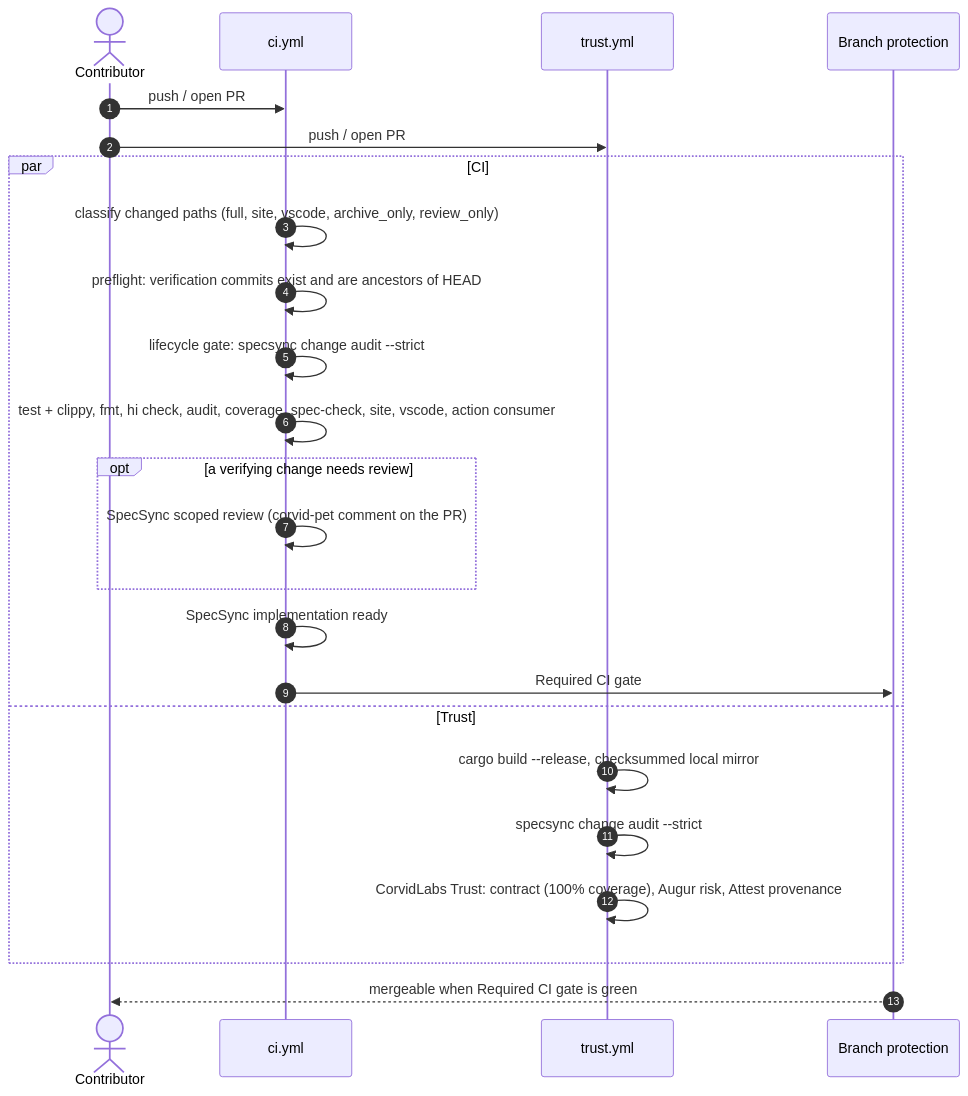
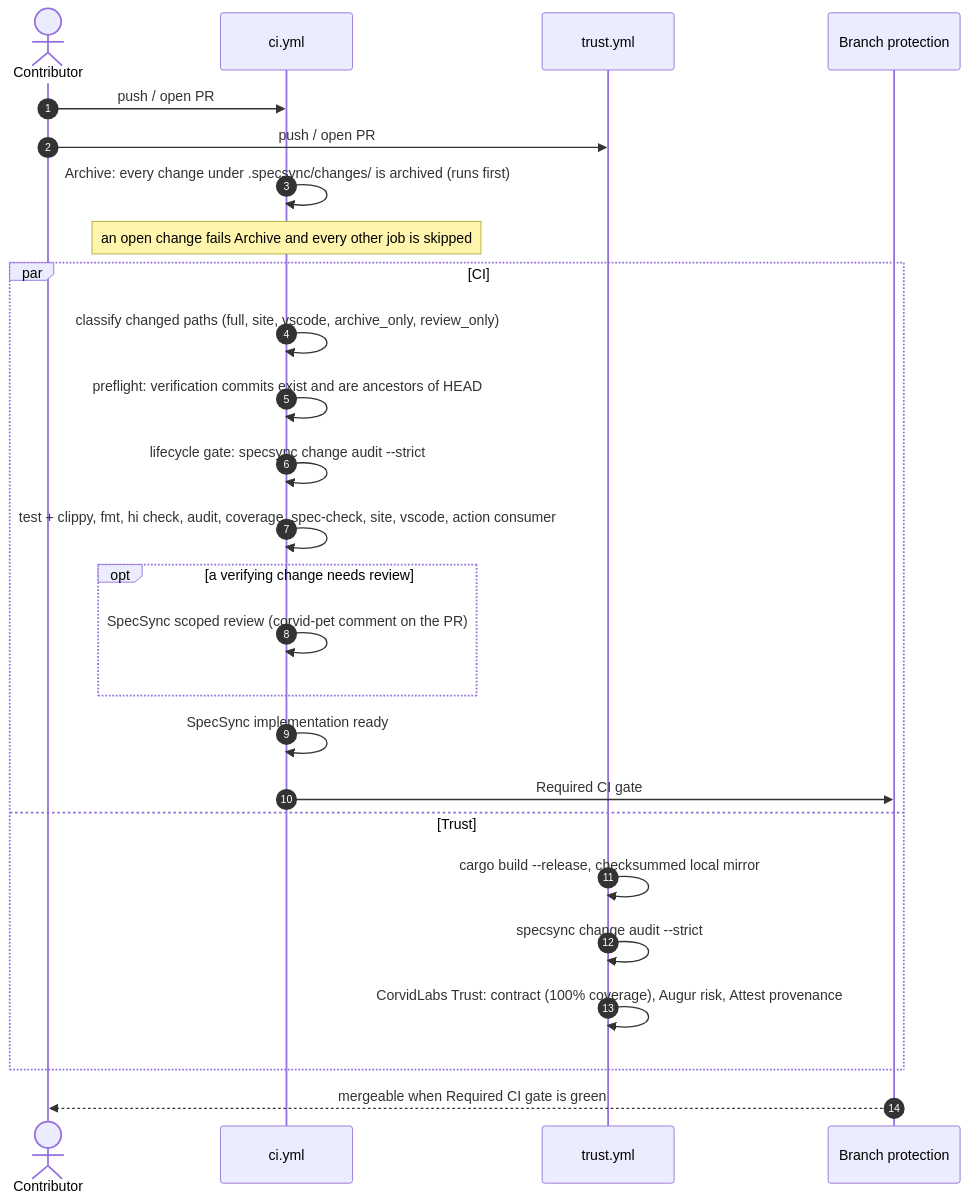
Before and after one commit to CorvidLabs/spec-sync: the eighth of 10 diagrams in docs/HLD.md, drawn with Mermaid. The commit also changed other lines of this file and 27 other files, not shown here.

First line of the commit message:
Teach the archive-first ship flow in specsync, specs and docs

````diff
--- a/docs/HLD.md
+++ b/docs/HLD.md
@@ -492,27 +492,29 @@
 ```mermaid
 sequenceDiagram
     autonumber
     actor Dev as Contributor
     participant CI as ci.yml
     participant T as trust.yml
     participant GH as Branch protection
 
     Dev->>CI: push / open PR
     Dev->>T: push / open PR
+    CI->>CI: Archive: every change under .specsync/changes/ is archived (runs first)
+    Note over CI: an open change fails Archive and every other job is skipped
     par CI
         CI->>CI: classify changed paths (full, site, vscode, archive_only, review_only)
         CI->>CI: preflight: verification commits exist and are ancestors of HEAD
         CI->>CI: lifecycle gate: specsync change audit --strict
         CI->>CI: test + clippy, fmt, hi check, audit, coverage, spec-check, site, vscode, action consumer
         opt a verifying change needs review
             CI->>CI: SpecSync scoped review (corvid-pet comment on the PR)
         end
         CI->>CI: SpecSync implementation ready
         CI->>GH: Required CI gate
     and Trust
         T->>T: cargo build --release, checksummed local mirror
         T->>T: specsync change audit --strict
         T->>T: CorvidLabs Trust: contract (100% coverage), Augur risk, Attest provenance
     end
     GH-->>Dev: mergeable when Required CI gate is green
 ```
````
